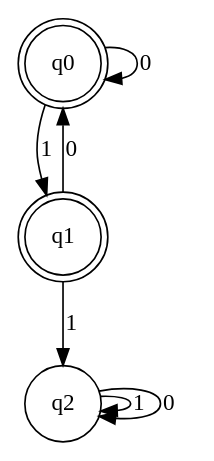
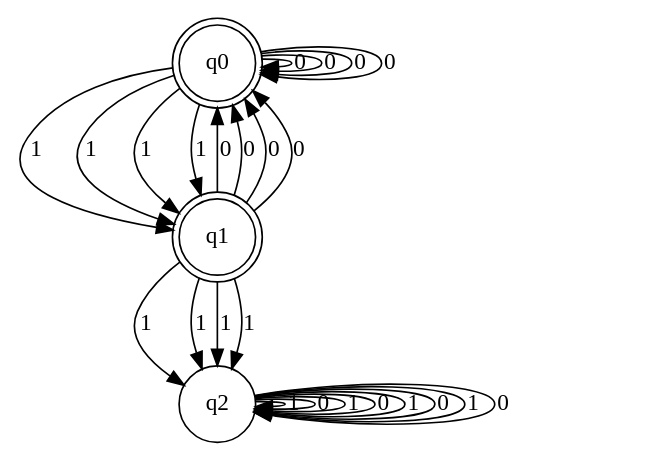
The diagram in fsm.gv (xarhsasi/Deterministic-finite-automaton), drawn with Graphviz before and after one commit. The commit also changed 9 other files, not shown here.

```diff
--- a/fsm.gv
+++ b/fsm.gv
@@ -1,18 +1,36 @@
 digraph finite_state_machine {
 	rankdir=q size="8,5"
 	node [shape=doublecircle]
 	q0
 	node [shape=doublecircle]
 	q1
 	node [shape=doublecircle]
 	node [shape=circle]
 	q0 -> q1 [label=1]
 	q0 -> q0 [label=0]
+	q0 -> q1 [label=1]
+	q0 -> q0 [label=0]
+	q0 -> q1 [label=1]
+	q0 -> q0 [label=0]
+	q0 -> q1 [label=1]
+	q0 -> q0 [label=0]
 	node [shape=circle]
+	q1 -> q2 [label=1]
+	q1 -> q0 [label=0]
+	q1 -> q2 [label=1]
+	q1 -> q0 [label=0]
+	q1 -> q2 [label=1]
+	q1 -> q0 [label=0]
 	q1 -> q2 [label=1]
 	q1 -> q0 [label=0]
 	node [shape=circle]
 	q2
 	q2 -> q2 [label=1]
 	q2 -> q2 [label=0]
+	q2 -> q2 [label=1]
+	q2 -> q2 [label=0]
+	q2 -> q2 [label=1]
+	q2 -> q2 [label=0]
+	q2 -> q2 [label=1]
+	q2 -> q2 [label=0]
 }
```
